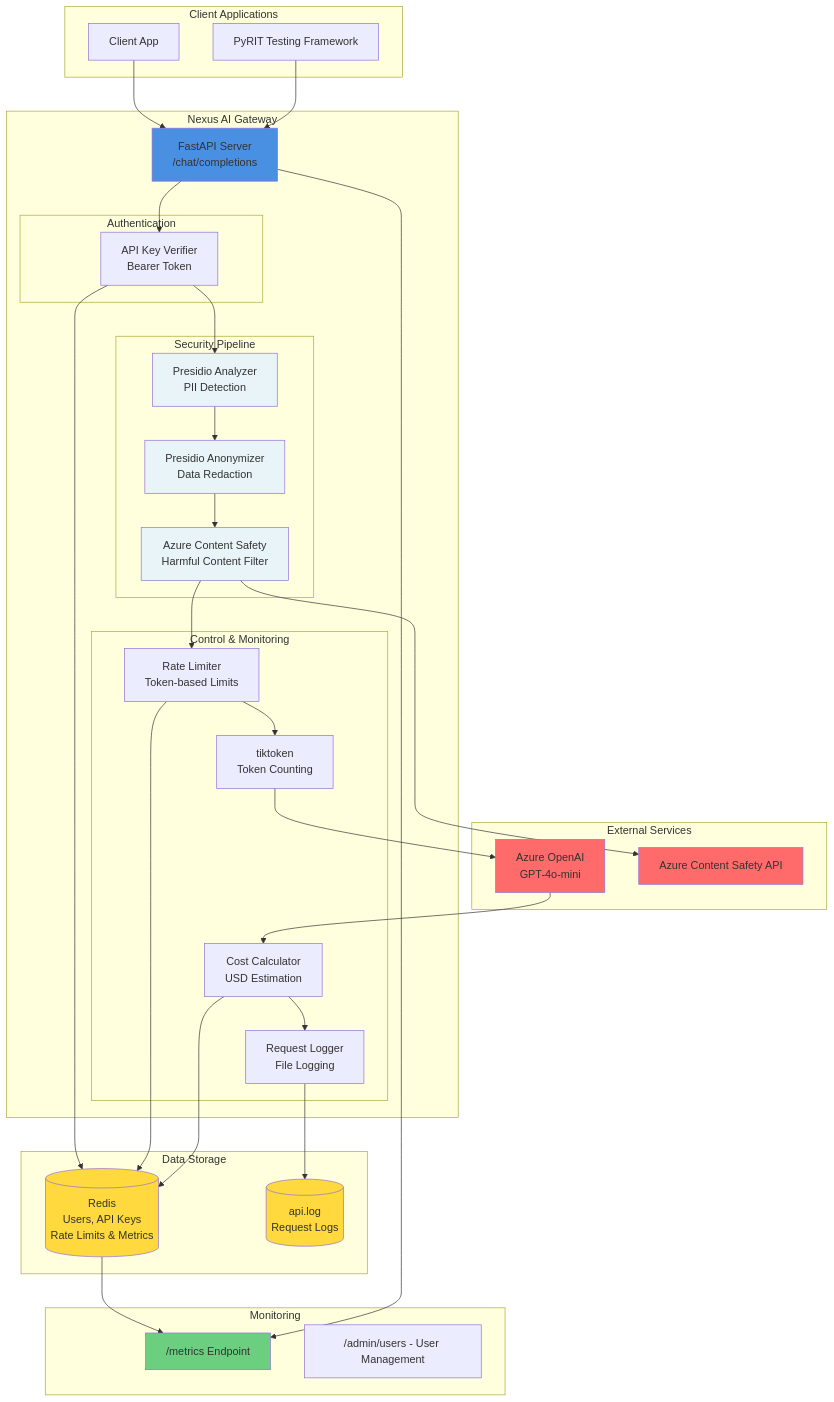
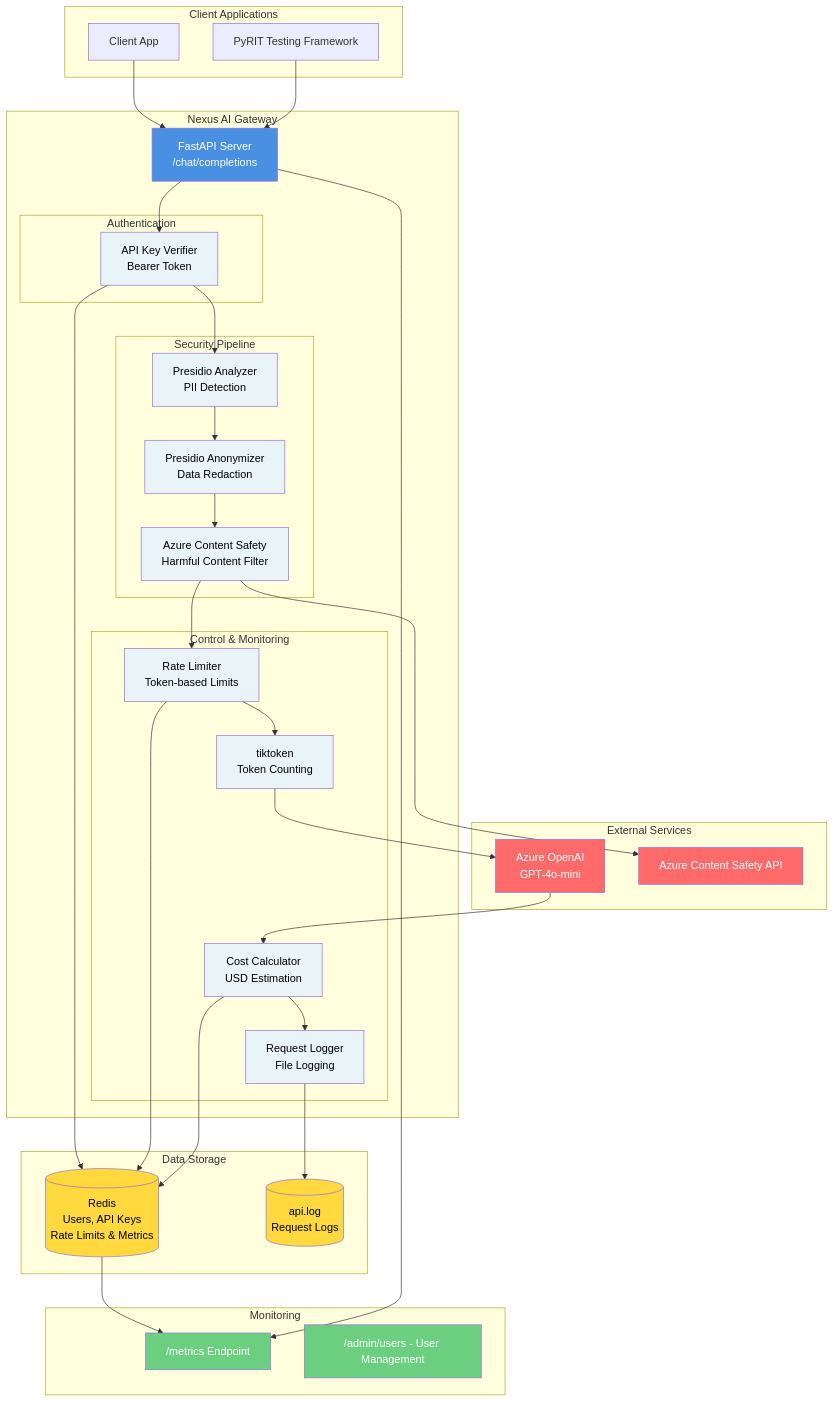
One commit to msgill1337/nexus-fastapi-gateway changed the diagram in README.md. Above: the diagram before and after it, drawn with Mermaid. The commit also changed 1 other file, not shown here.

Commit message:
Improve: Add text color styling to Mermaid diagrams for better readability
- Added white text color to dark/colored boxes (FastAPI, Azure services, Metrics)
- Added black text color to light boxes (Presidio, Control & Monitoring components)
- Ensures good contrast and readability across all diagram elements

````diff
--- a/README.md
+++ b/README.md
@@ -185,13 +185,19 @@
     
     FastAPI --> MetricsAPI
 
-    style FastAPI fill:#4A90E2
-    style PresidioAnalyzer fill:#E8F4F8
-    style PresidioAnonymizer fill:#E8F4F8
-    style ContentSafety fill:#E8F4F8
-    style AzureOpenAI fill:#FF6B6B
-    style AzureContentSafety fill:#FF6B6B
-    style Redis fill:#FFD93D
-    style LogFile fill:#FFD93D
-    style MetricsAPI fill:#6BCF7F
+    style FastAPI fill:#4A90E2,color:#FFFFFF
+    style PresidioAnalyzer fill:#E8F4F8,color:#000000
+    style PresidioAnonymizer fill:#E8F4F8,color:#000000
+    style ContentSafety fill:#E8F4F8,color:#000000
+    style AzureOpenAI fill:#FF6B6B,color:#FFFFFF
+    style AzureContentSafety fill:#FF6B6B,color:#FFFFFF
+    style Redis fill:#FFD93D,color:#000000
+    style LogFile fill:#FFD93D,color:#000000
+    style MetricsAPI fill:#6BCF7F,color:#FFFFFF
+    style AdminAPI fill:#6BCF7F,color:#FFFFFF
+    style AuthVerifier fill:#E8F4F8,color:#000000
+    style RateLimiter fill:#E8F4F8,color:#000000
+    style TokenCounter fill:#E8F4F8,color:#000000
+    style CostCalculator fill:#E8F4F8,color:#000000
+    style Logger fill:#E8F4F8,color:#000000
 ```
````
